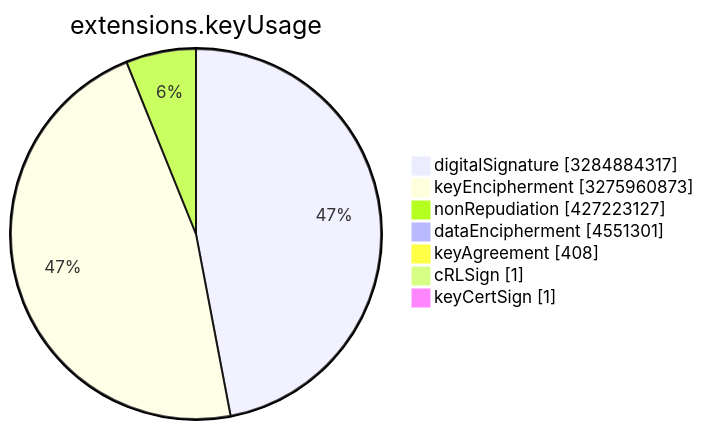
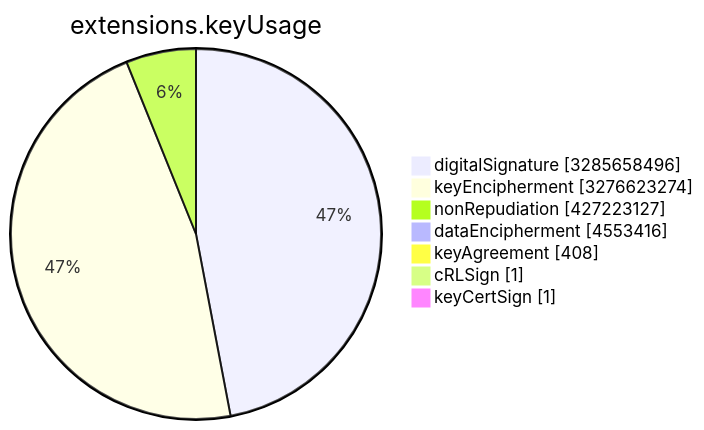
Before and after one commit to christiankrug/ctmonitor_visualization: the sixth of 15 diagrams in TOTAL/README.md, drawn with Mermaid. The commit also changed other lines of this file, not shown here.

````diff
--- a/TOTAL/README.md
+++ b/TOTAL/README.md
@@ -3078,11 +3078,11 @@
 ```mermaid
 pie showData
 title extensions.keyUsage
-"digitalSignature" :3284884317
-"keyEncipherment" :3275960873
+"digitalSignature" :3285658496
+"keyEncipherment" :3276623274
 "nonRepudiation" :427223127
-"dataEncipherment" :4551301
+"dataEncipherment" :4553416
 "keyAgreement" :408
 "cRLSign" :1
 "keyCertSign" :1
 ```
````
